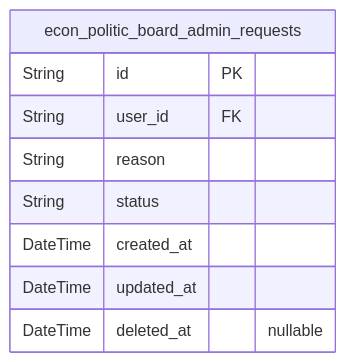
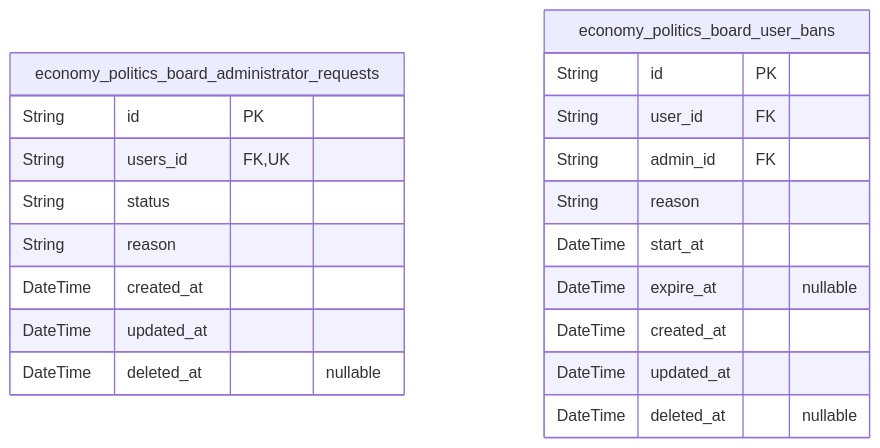
The fifth of 6 diagrams in qwen/qwen3-30b-a3b-thinking-2507/bbs/docs/ERD.md (wrtnlabs/autobe-examples), drawn with Mermaid before and after one commit. The commit also changed other lines of this file and 11104 other files, not shown here.

````diff
--- a/qwen/qwen3-30b-a3b-thinking-2507/bbs/docs/ERD.md
+++ b/qwen/qwen3-30b-a3b-thinking-2507/bbs/docs/ERD.md
@@ -572,12 +631,23 @@
 ```mermaid
 erDiagram
-"econ_politic_board_admin_requests" {
+"economy_politics_board_administrator_requests" {
+  String id PK
+  String users_id FK,UK
+  String status
+  String reason
+  DateTime created_at
+  DateTime updated_at
+  DateTime deleted_at "nullable"
+}
+"economy_politics_board_user_bans" {
   String id PK
   String user_id FK
+  String admin_id FK
   String reason
-  String status
+  DateTime start_at
+  DateTime expire_at "nullable"
   DateTime created_at
   DateTime updated_at
   DateTime deleted_at "nullable"
 }
 ```
````
